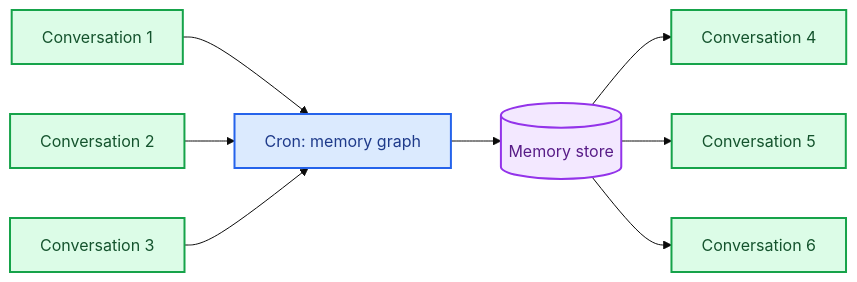
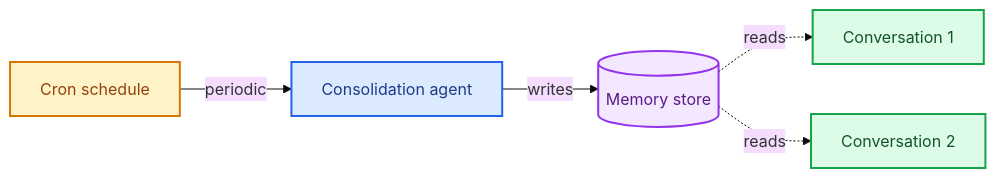
The first of 2 diagrams in src/oss/deepagents/memory.mdx (langchain-ai/docs), drawn with Mermaid (base theme) before and after one commit. The commit also changed other lines of this file, not shown here.

````diff
--- a/src/oss/deepagents/memory.mdx
+++ b/src/oss/deepagents/memory.mdx
@@ -499,18 +378,17 @@
 ```mermaid
 graph LR
-    Conv1[Conversation 1] --> Cron[Cron: memory graph]
-    Conv2[Conversation 2] --> Cron
-    Conv3[Conversation 3] --> Cron
-    Cron --> Store[(Memory store)]
-    Store --> Conv4[Conversation 4]
-    Store --> Conv5[Conversation 5]
-    Store --> Conv6[Conversation 6]
+    Store[(Memory store)] -.->|reads| Conv1[Conversation 1]
+    Store -.->|reads| Conv2[Conversation 2]
+    Cron[Cron schedule] -->|periodic| Agent[Consolidation agent]
+    Agent -->|writes| Store
 
     classDef trigger fill:#DCFCE7,stroke:#16A34A,stroke-width:2px,color:#14532D
     classDef process fill:#DBEAFE,stroke:#2563EB,stroke-width:2px,color:#1E3A8A
     classDef output fill:#F3E8FF,stroke:#9333EA,stroke-width:2px,color:#581C87
+    classDef schedule fill:#FEF3C7,stroke:#D97706,stroke-width:2px,color:#92400E
 
-    class Conv1,Conv2,Conv3,Conv4,Conv5,Conv6 trigger
-    class Cron process
+    class Conv1,Conv2 trigger
+    class Agent process
     class Store output
+    class Cron schedule
 ```
````
